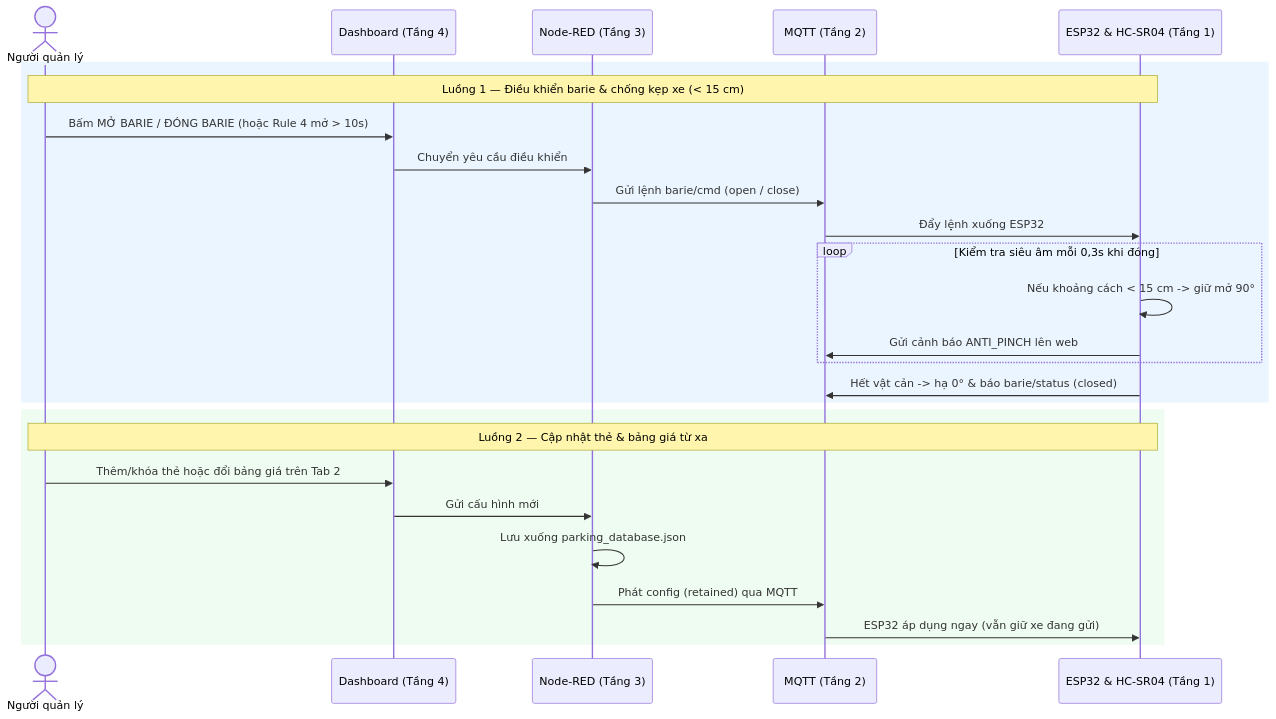
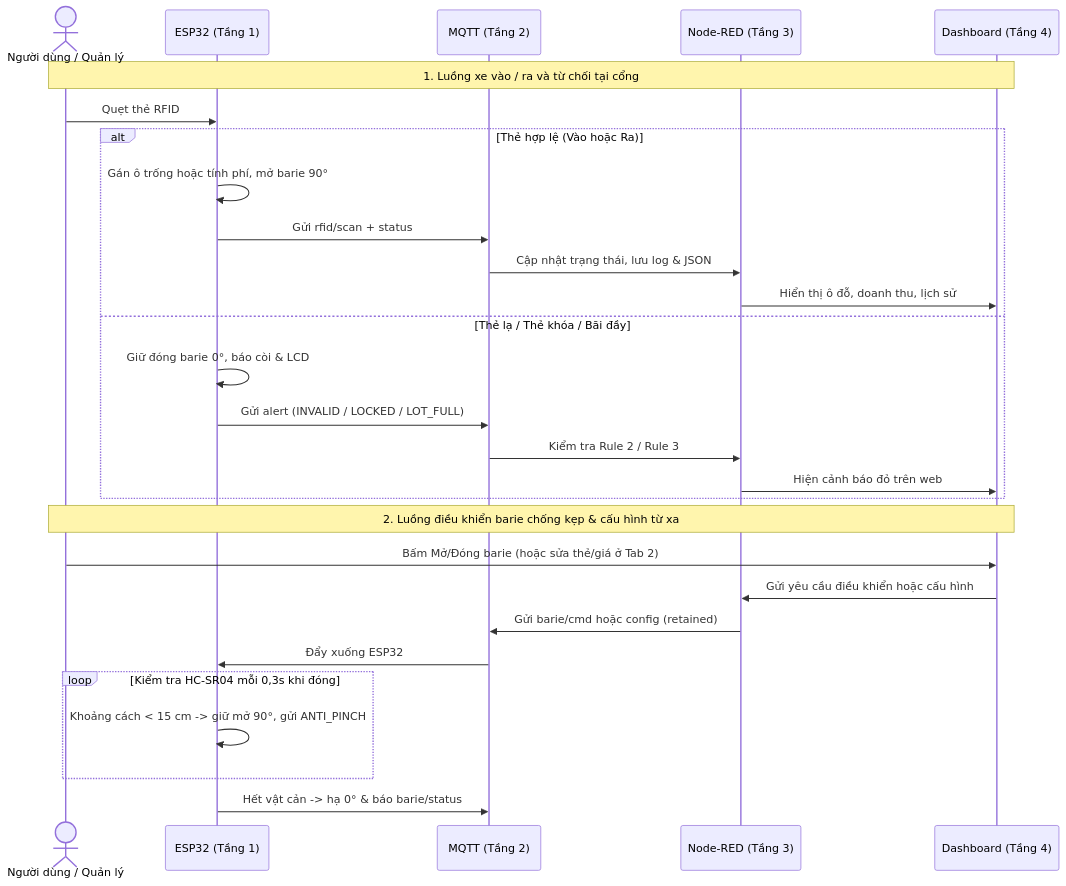
One commit to Tthoong129/IOT_Nhom4 changed the diagram in docs/SLIDE_THUYET_TRINH.md. Above: the diagram before and after it, drawn with Mermaid. The commit also changed other lines of this file, not shown here.

Commit message:
docs: tighten to 13 slides, fix dark-mode Mermaid readability, align Ch.5 metrics

````diff
--- a/docs/SLIDE_THUYET_TRINH.md
+++ b/docs/SLIDE_THUYET_TRINH.md
@@ -123,30 +76,32 @@
 ```mermaid
 sequenceDiagram
-    actor Q as Người quản lý
+    actor U as Người dùng / Quản lý
+    participant E as ESP32 (Tầng 1)
+    participant M as MQTT (Tầng 2)
+    participant N as Node-RED (Tầng 3)
     participant W as Dashboard (Tầng 4)
-    participant N as Node-RED (Tầng 3)
-    participant M as MQTT (Tầng 2)
-    participant E as ESP32 & HC-SR04 (Tầng 1)
 
-    rect rgb(235, 245, 255)
-        Note over Q,E: Luồng 1 — Điều khiển barie & chống kẹp xe (< 15 cm)
-        Q ->> W: Bấm MỞ BARIE / ĐÓNG BARIE (hoặc Rule 4 mở > 10s)
-        W ->> N: Chuyển yêu cầu điều khiển
-        N ->> M: Gửi lệnh barie/cmd (open / close)
-        M ->> E: Đẩy lệnh xuống ESP32
-        loop Kiểm tra siêu âm mỗi 0,3s khi đóng
-            E ->> E: Nếu khoảng cách < 15 cm -> giữ mở 90°
-            E ->> M: Gửi cảnh báo ANTI_PINCH lên web
-        end
-        E ->> M: Hết vật cản -> hạ 0° & báo barie/status (closed)
+    Note over U,W: 1. Luồng xe vào / ra và từ chối tại cổng
+    U ->> E: Quẹt thẻ RFID
+    alt Thẻ hợp lệ (Vào hoặc Ra)
+        E ->> E: Gán ô trống hoặc tính phí, mở barie 90°
+        E ->> M: Gửi rfid/scan + status
+        M ->> N: Cập nhật trạng thái, lưu log & JSON
+        N ->> W: Hiển thị ô đỗ, doanh thu, lịch sử
+    else Thẻ lạ / Thẻ khóa / Bãi đầy
+        E ->> E: Giữ đóng barie 0°, báo còi & LCD
+        E ->> M: Gửi alert (INVALID / LOCKED / LOT_FULL)
+        M ->> N: Kiểm tra Rule 2 / Rule 3
+        N ->> W: Hiện cảnh báo đỏ trên web
     end
 
-    rect rgb(238, 252, 242)
-        Note over Q,E: Luồng 2 — Cập nhật thẻ & bảng giá từ xa
-        Q ->> W: Thêm/khóa thẻ hoặc đổi bảng giá trên Tab 2
-        W ->> N: Gửi cấu hình mới
-        N ->> N: Lưu xuống parking_database.json
-        N ->> M: Phát config (retained) qua MQTT
-        M ->> E: ESP32 áp dụng ngay (vẫn giữ xe đang gửi)
+    Note over U,W: 2. Luồng điều khiển barie chống kẹp & cấu hình từ xa
+    U ->> W: Bấm Mở/Đóng barie (hoặc sửa thẻ/giá ở Tab 2)
+    W ->> N: Gửi yêu cầu điều khiển hoặc cấu hình
+    N ->> M: Gửi barie/cmd hoặc config (retained)
+    M ->> E: Đẩy xuống ESP32
+    loop Kiểm tra HC-SR04 mỗi 0,3s khi đóng
+        E ->> E: Khoảng cách < 15 cm -> giữ mở 90°, gửi ANTI_PINCH
     end
+    E ->> M: Hết vật cản -> hạ 0° & báo barie/status
 ```
````
